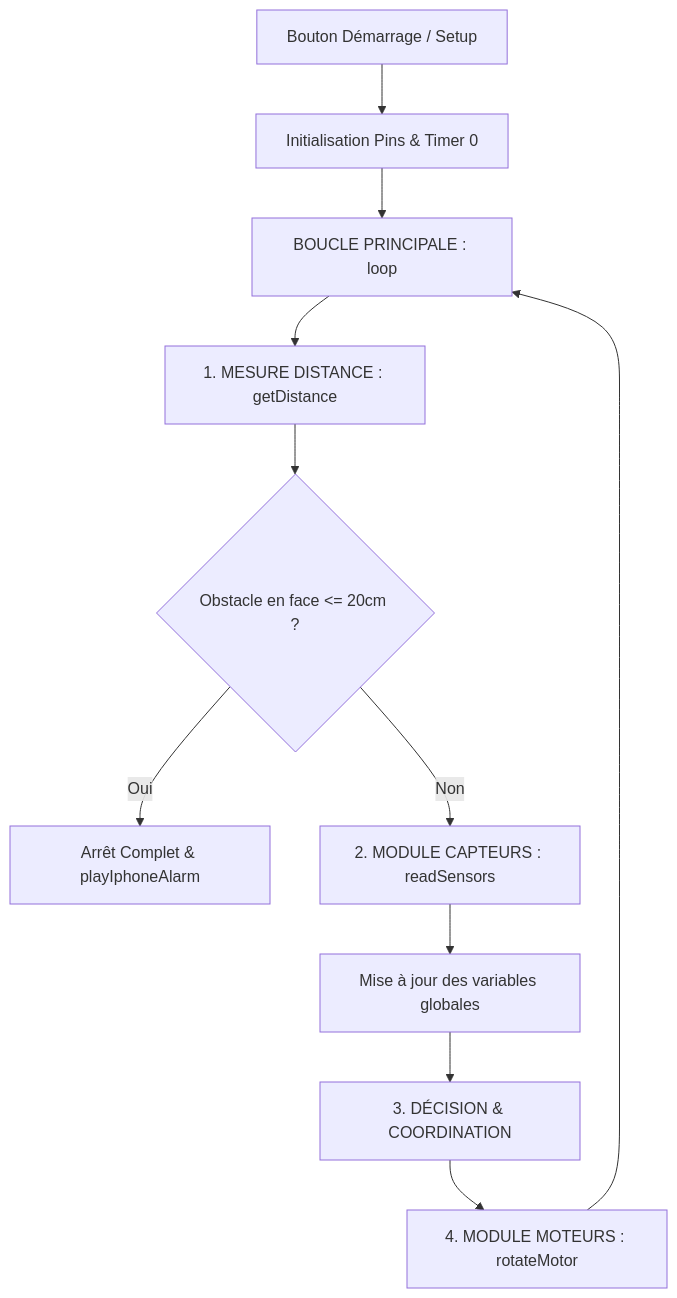
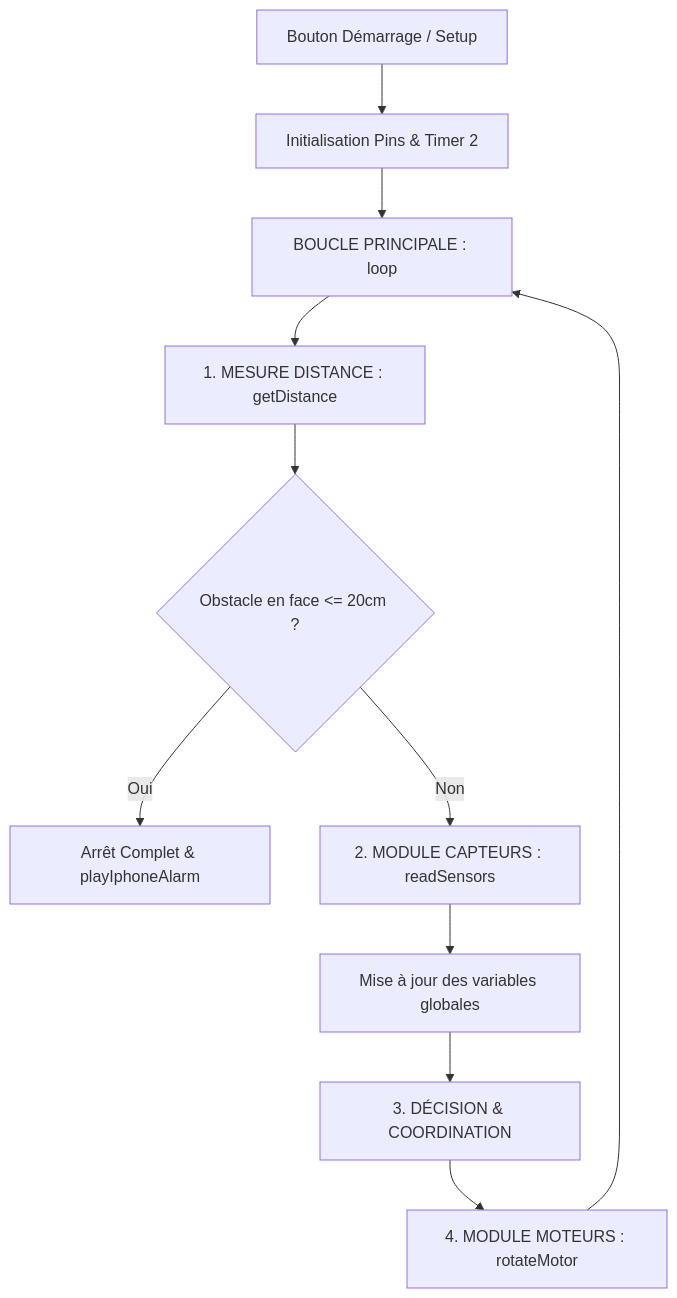
Before and after one commit to AngisheSALEM/voiture-suiveur-de-ligne: the diagram in README.md, drawn with Mermaid. The commit also changed other lines of this file, not shown here.

Commit message:
Mise à jour de la documentation du pinout et de la configuration du Timer 2

````diff
--- a/README.md
+++ b/README.md
@@ -43,13 +42,13 @@
 ```mermaid
 graph TD
-    A[Bouton Démarrage / Setup] --> B[Initialisation Pins & Timer 0]
+    A[Bouton Démarrage / Setup] --> B[Initialisation Pins & Timer 2]
     B --> C[BOUCLE PRINCIPALE : loop]
     C --> D[1. MESURE DISTANCE : getDistance]
     D --> E{Obstacle en face <= 20cm ?}
     E -- Oui --> F[Arrêt Complet & playIphoneAlarm]
     E -- Non --> G[2. MODULE CAPTEURS : readSensors]
     G --> H[Mise à jour des variables globales]
     H --> I[3. DÉCISION & COORDINATION]
     I --> J[4. MODULE MOTEURS : rotateMotor]
     J --> C
 ```
````
